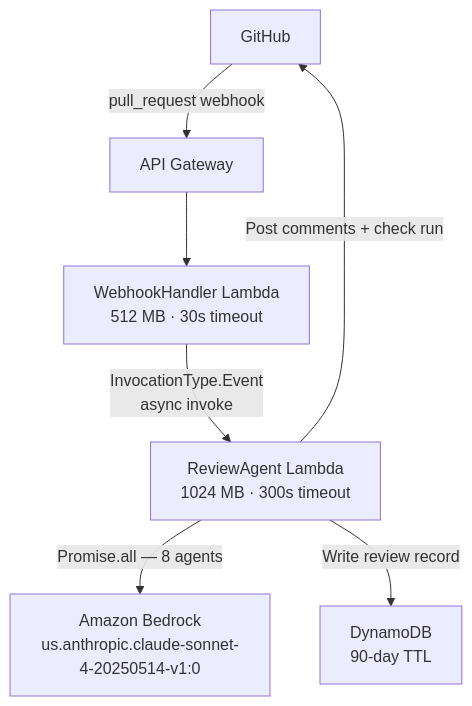
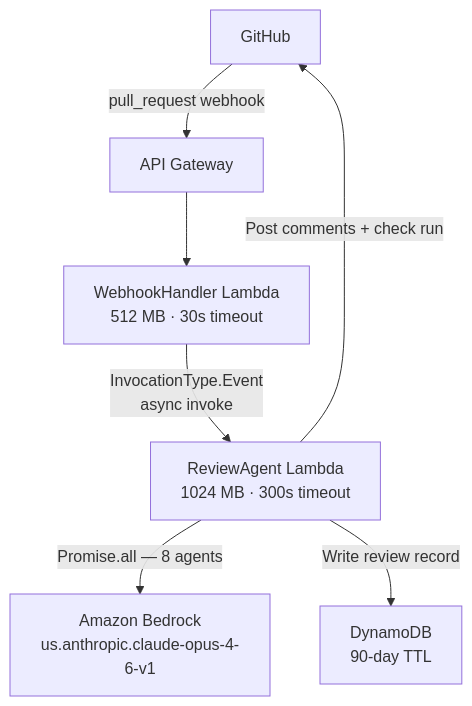
One commit to mergewatch/mergewatch.ai changed the first of 2 diagrams in docs-site/deployment/architecture.mdx. Above: the diagram before and after it, drawn with Mermaid. The commit also changed other lines of this file and 13 other files, not shown here.

````diff
--- a/docs-site/deployment/architecture.mdx
+++ b/docs-site/deployment/architecture.mdx
@@ -12,9 +12,9 @@
 ```mermaid
 graph TD
     A[GitHub] -->|pull_request webhook| B[API Gateway]
     B --> C[WebhookHandler Lambda<br/>512 MB · 30s timeout]
     C -->|InvocationType.Event<br/>async invoke| D[ReviewAgent Lambda<br/>1024 MB · 300s timeout]
-    D -->|Promise.all — 8 agents| E[Amazon Bedrock<br/>us.anthropic.claude-sonnet-4-20250514-v1:0]
+    D -->|Promise.all — 8 agents| E[Amazon Bedrock<br/>us.anthropic.claude-opus-4-6-v1]
     D -->|Write review record| F[DynamoDB<br/>90-day TTL]
     D -->|Post comments + check run| A
 ```
````
